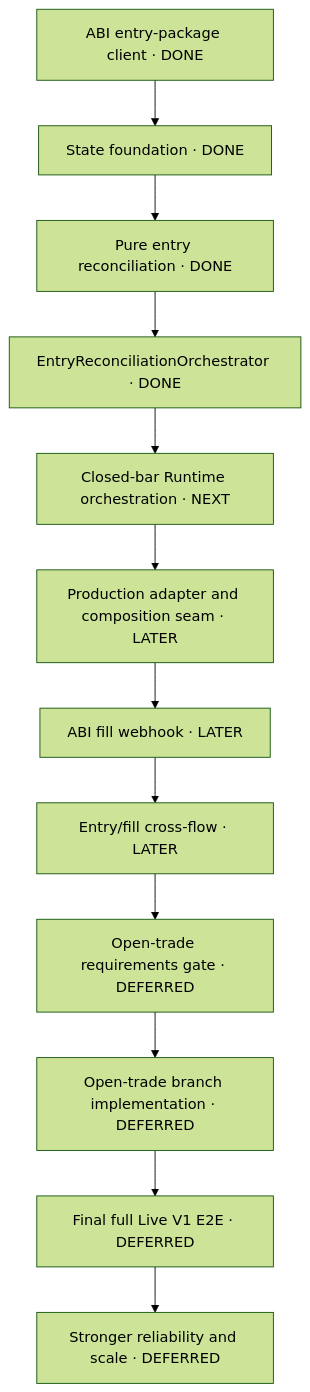
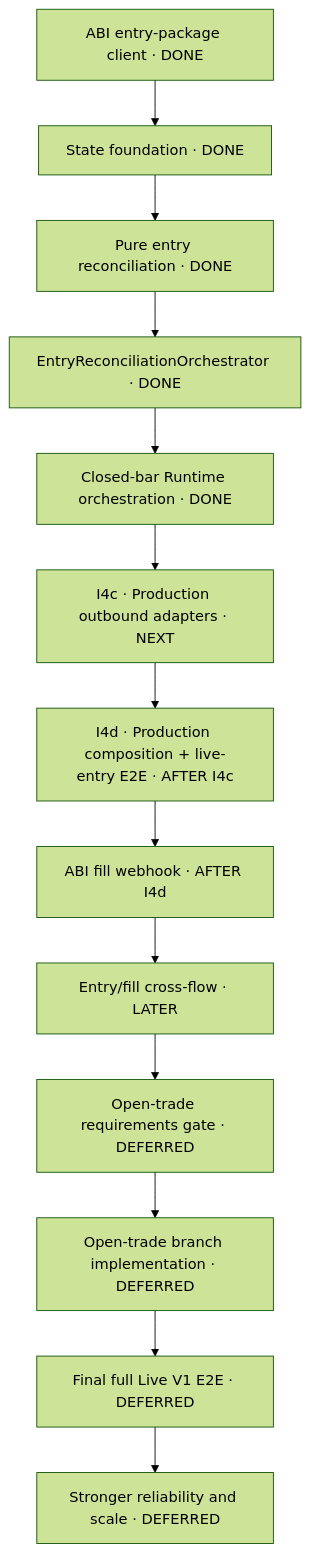
One commit to roman-vyl/strategy_runtime changed the diagram in docs/system-plans/runtime-abi-entry-delivery-map.md. Above: the diagram before and after it, drawn with Mermaid (forest theme). The commit also changed other lines of this file and 8 other files, not shown here.

First line of the commit message:
docs(runtime): sync I4b completion; formalize I4c/I4d production integration seam

````diff
--- a/docs/system-plans/runtime-abi-entry-delivery-map.md
+++ b/docs/system-plans/runtime-abi-entry-delivery-map.md
@@ -25,19 +25,20 @@
 ```mermaid
 flowchart TD
     I1["ABI entry-package client · DONE"]
     I2["State foundation · DONE"]
     I3["Pure entry reconciliation · DONE"]
     I4A["EntryReconciliationOrchestrator · DONE"]
-    I4B["Closed-bar Runtime orchestration · NEXT"]
-    INTEGRATION["Production adapter and composition seam · LATER"]
-    I5["ABI fill webhook · LATER"]
+    I4B["Closed-bar Runtime orchestration · DONE"]
+    I4C["I4c · Production outbound adapters · NEXT"]
+    I4D["I4d · Production composition + live-entry E2E · AFTER I4c"]
+    I5["ABI fill webhook · AFTER I4d"]
     I6["Entry/fill cross-flow · LATER"]
     OPEN_GATE["Open-trade requirements gate · DEFERRED"]
     OPEN_IMPL["Open-trade branch implementation · DEFERRED"]
     FINAL["Final full Live V1 E2E · DEFERRED"]
     FUTURE["Stronger reliability and scale · DEFERRED"]
 
     I1 --> I2 --> I3 --> I4A --> I4B
-    I4B --> INTEGRATION --> I5 --> I6
+    I4B --> I4C --> I4D --> I5 --> I6
     I6 --> OPEN_GATE --> OPEN_IMPL --> FINAL --> FUTURE
 ```
````
